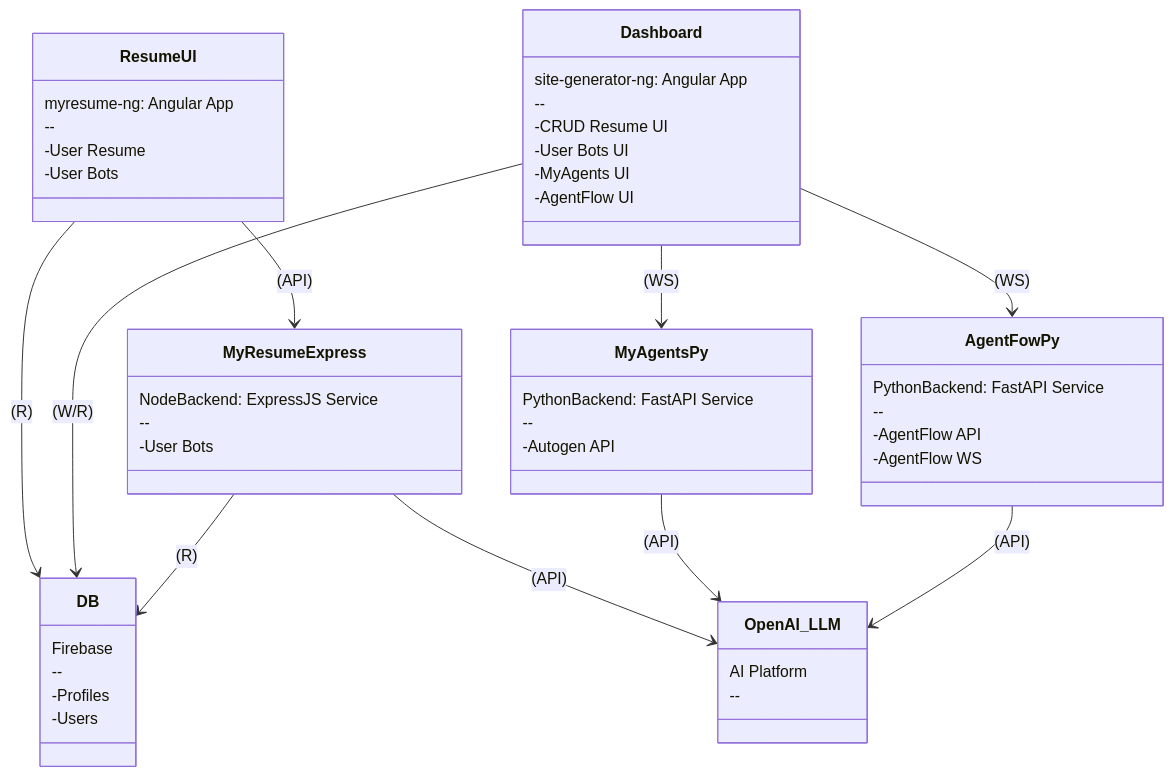
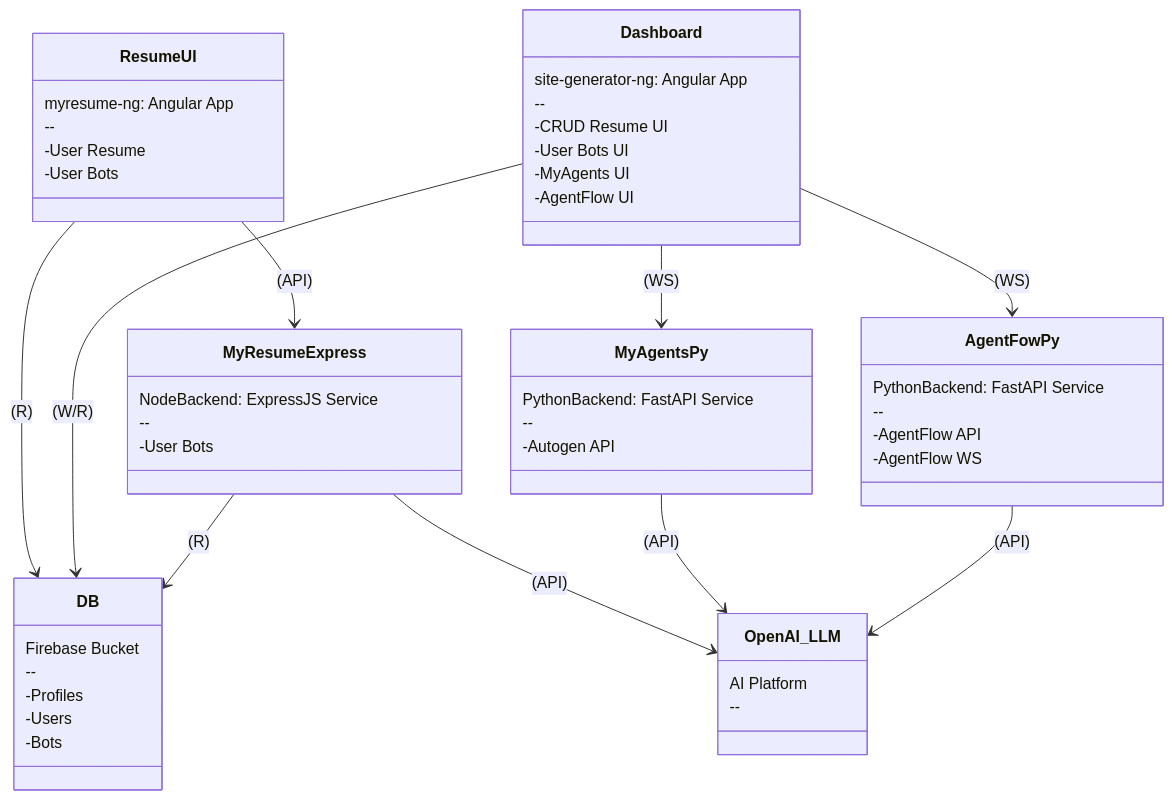
The diagram in README.md (thaer899/connectorzzz), drawn with Mermaid before and after one commit.

````diff
--- a/README.md
+++ b/README.md
@@ -24,57 +24,58 @@
 ```mermaid
 %%{init: {'theme': 'default'}}%%
 classDiagram
     class DB {
-        Firebase
+        Firebase Bucket
         --
         -Profiles
         -Users
+        -Bots
     }
     class ResumeUI {
         myresume-ng: Angular App
         --
         -User Resume
         -User Bots
     }
     class Dashboard {
         site-generator-ng: Angular App
         --
         -CRUD Resume UI
         -User Bots UI
         -MyAgents UI
         -AgentFlow UI
     }
     class MyResumeExpress {
         NodeBackend: ExpressJS Service
         --
         -User Bots
     }
     class MyAgentsPy {
         PythonBackend: FastAPI Service
         --
         -Autogen API
     }
     class AgentFowPy {
         PythonBackend: FastAPI Service
         --
         -AgentFlow API
         -AgentFlow WS
     }
     class OpenAI_LLM {
         AI Platform
         --
     }
 
     %% Connections
     ResumeUI --> DB :  (R)
     Dashboard --> DB :  (W/R)
     ResumeUI --> MyResumeExpress : (API)
     MyResumeExpress --> DB :  (R)
     MyResumeExpress --> OpenAI_LLM : (API)
     Dashboard --> MyAgentsPy :  (WS)
     MyAgentsPy --> OpenAI_LLM : (API)
     Dashboard --> AgentFowPy :  (WS)
     AgentFowPy --> OpenAI_LLM : (API)
 
 
 ```
````
